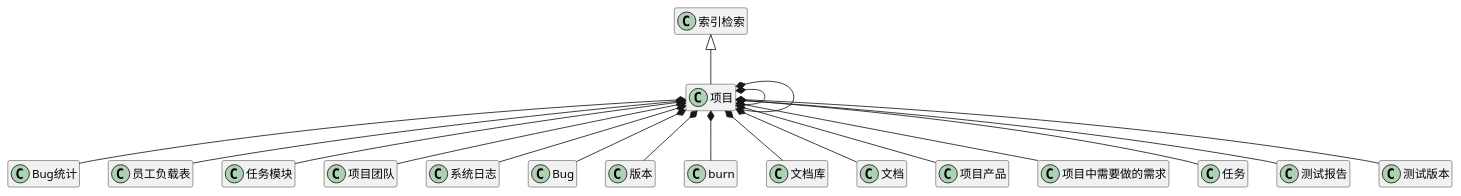
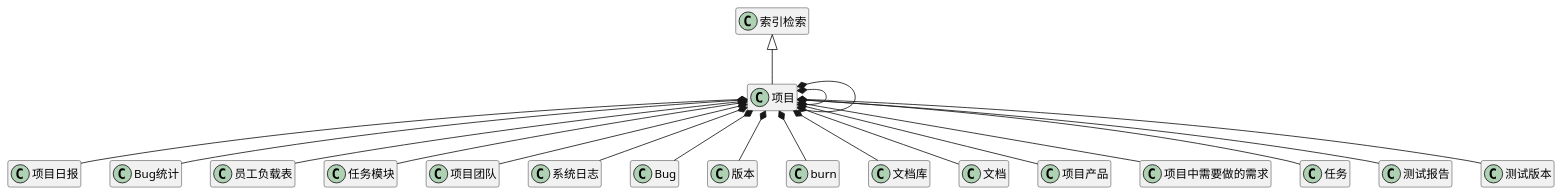
One commit to zj335841911/nt_chandao changed the first of 15 diagrams in ibizpms-docs/src/main/doc/v1/module/zentao/Project_old.md. Above: the diagram before and after it, drawn with PlantUML. The commit also changed 92 other files, not shown here.

```diff
--- a/ibizpms-docs/src/main/doc/v1/module/zentao/Project_old.md
+++ b/ibizpms-docs/src/main/doc/v1/module/zentao/Project_old.md
@@ -6,21 +6,22 @@
 {% plantuml %}
+项目 *-- 项目日报 
 项目 *-- Bug统计 
 项目 *-- 员工负载表 
 项目 *-- 任务模块 
 项目 *-- 项目团队 
 项目 *-- 系统日志 
 项目 *-- Bug 
 项目 *-- 版本 
 项目 *-- burn 
 项目 *-- 文档库 
 项目 *-- 文档 
 项目 *-- 项目产品 
 项目 *-- 项目中需要做的需求 
 项目 *-- 任务 
 项目 *-- 测试报告 
 项目 *-- 测试版本 
 项目 *-- 项目 
 项目 *-- 项目 
 索引检索 <|-- 项目 
 hide members
 {% endplantuml %}
```
